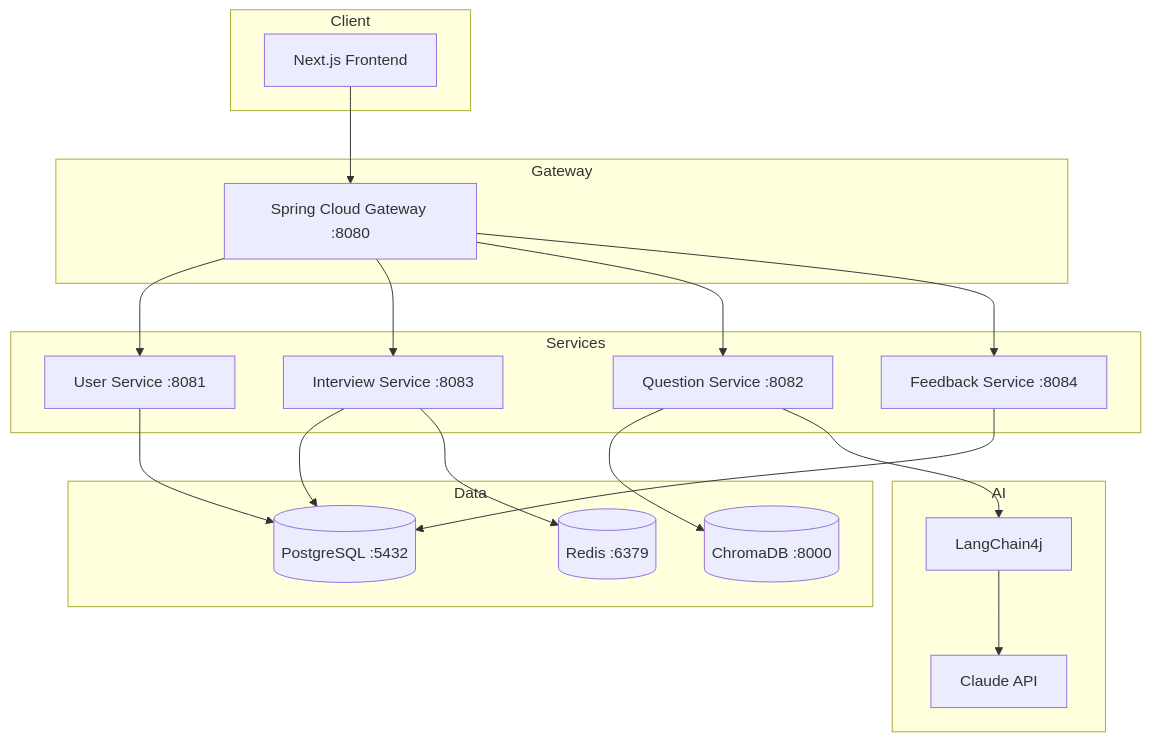
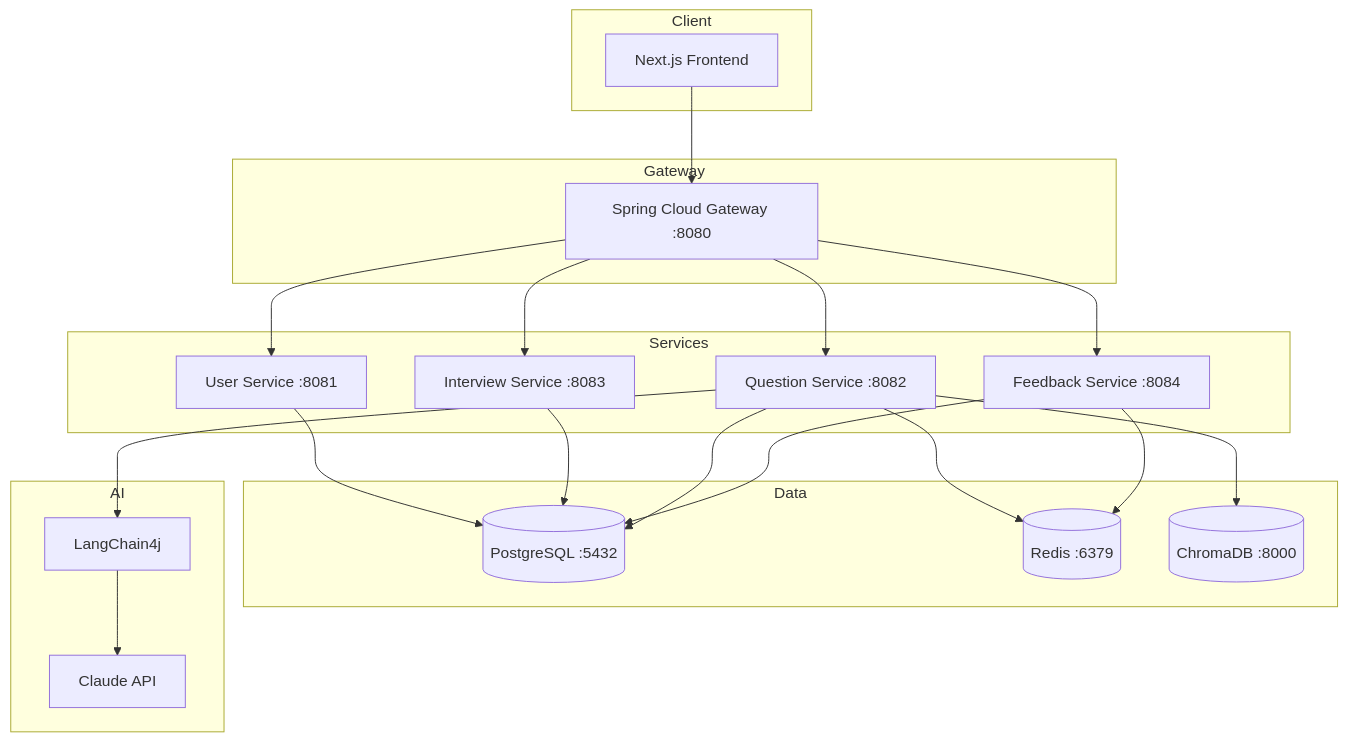
Before and after one commit to jinhyuk9714/interview-coach: the first of 2 diagrams in README.md, drawn with Mermaid. The commit also changed other lines of this file, not shown here.

````diff
--- a/README.md
+++ b/README.md
@@ -31,36 +34,36 @@
 ```mermaid
 flowchart TB
     subgraph Client
         Web[Next.js Frontend]
     end
 
     subgraph Gateway
         GW[Spring Cloud Gateway :8080]
     end
 
     subgraph Services
         US[User Service :8081]
         QS[Question Service :8082]
         IS[Interview Service :8083]
         FS[Feedback Service :8084]
     end
 
     subgraph Data
         PG[(PostgreSQL :5432)]
         RD[(Redis :6379)]
         CH[(ChromaDB :8000)]
     end
 
     subgraph AI
         LC[LangChain4j]
         LLM[Claude API]
     end
 
     Web --> GW
     GW --> US & IS & QS & FS
-    US & IS & FS --> PG
-    IS --> RD
+    US & IS & QS & FS --> PG
+    QS & FS --> RD
     QS --> CH
     QS --> LC
     LC --> LLM
 ```
````
